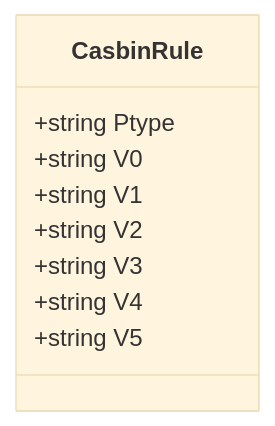
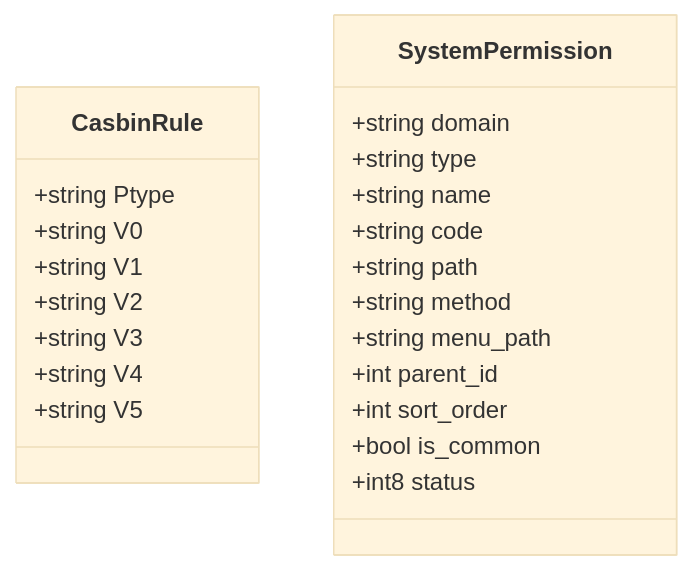
The sixth of 13 diagrams in .qoder/repowiki/zh/content/数据库设计/实体关系设计.md (wuwuseo/e-sports-go-admin), drawn with Mermaid (base theme) before and after one commit. The commit also changed other lines of this file and 42 other files, not shown here.

````diff
--- a/.qoder/repowiki/zh/content/数据库设计/实体关系设计.md
+++ b/.qoder/repowiki/zh/content/数据库设计/实体关系设计.md
@@ -381,12 +624,25 @@
 ```mermaid
 classDiagram
 class CasbinRule {
 +string Ptype
 +string V0
 +string V1
 +string V2
 +string V3
 +string V4
 +string V5
 }
+class SystemPermission {
++string domain
++string type
++string name
++string code
++string path
++string method
++string menu_path
++int parent_id
++int sort_order
++bool is_common
++int8 status
+}
 ```
````
